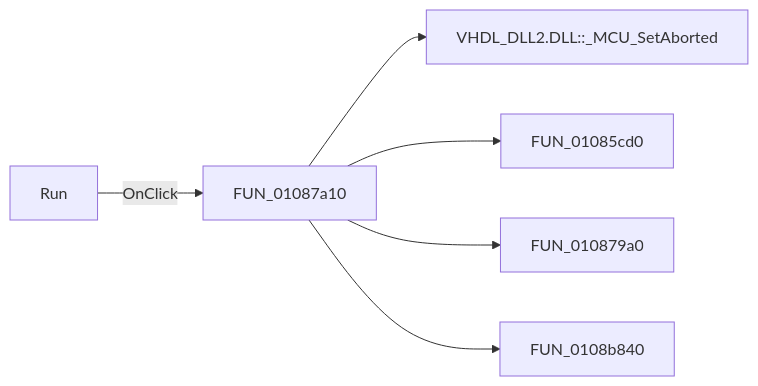
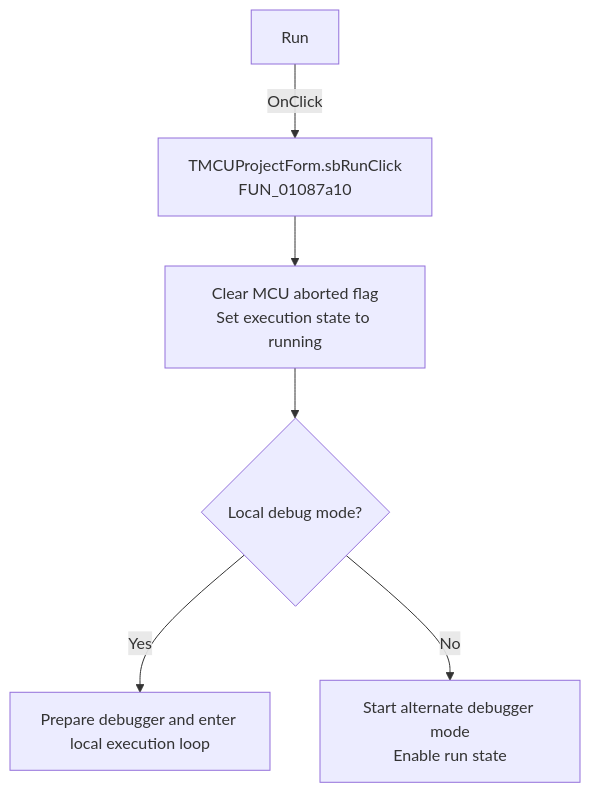
Before and after one commit to MovGP0/TIARA: the diagram in docs/ui-controls/mcuprojectform/sbrun-1dbe249f51.md, drawn with Mermaid. The commit also changed other lines of this file and 1062 other files, not shown here.

````diff
--- a/docs/ui-controls/mcuprojectform/sbrun-1dbe249f51.md
+++ b/docs/ui-controls/mcuprojectform/sbrun-1dbe249f51.md
@@ -27,8 +27,8 @@
 ```mermaid
-flowchart LR
-    control["Run"] -->|OnClick| handler["FUN_01087a10"]
-    handler --> call1["VHDL_DLL2.DLL::_MCU_SetAborted"]
-    handler --> call2["FUN_01085cd0"]
-    handler --> call3["FUN_010879a0"]
-    handler --> call4["FUN_0108b840"]
+flowchart TD
+    control["Run"] -->|OnClick| handler["TMCUProjectForm.sbRunClick<br/>FUN_01087a10"]
+    handler --> reset["Clear MCU aborted flag<br/>Set execution state to running"]
+    reset --> mode{"Local debug mode?"}
+    mode -->|Yes| local["Prepare debugger and enter local execution loop"]
+    mode -->|No| alternate["Start alternate debugger mode<br/>Enable run state"]
 ```
````
